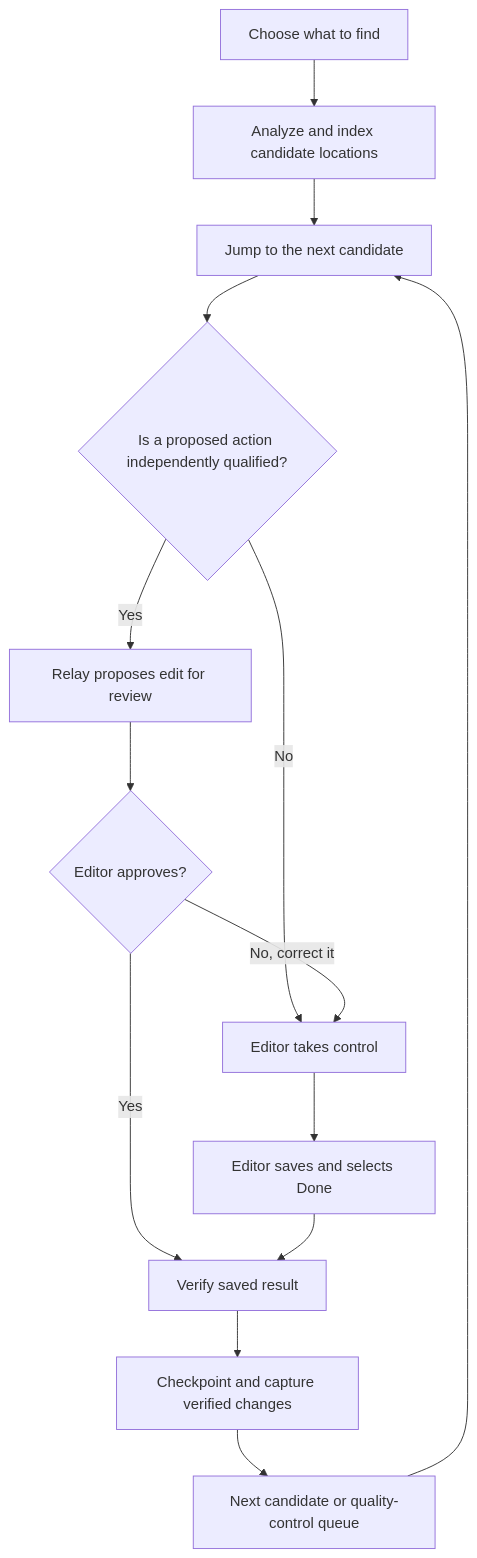
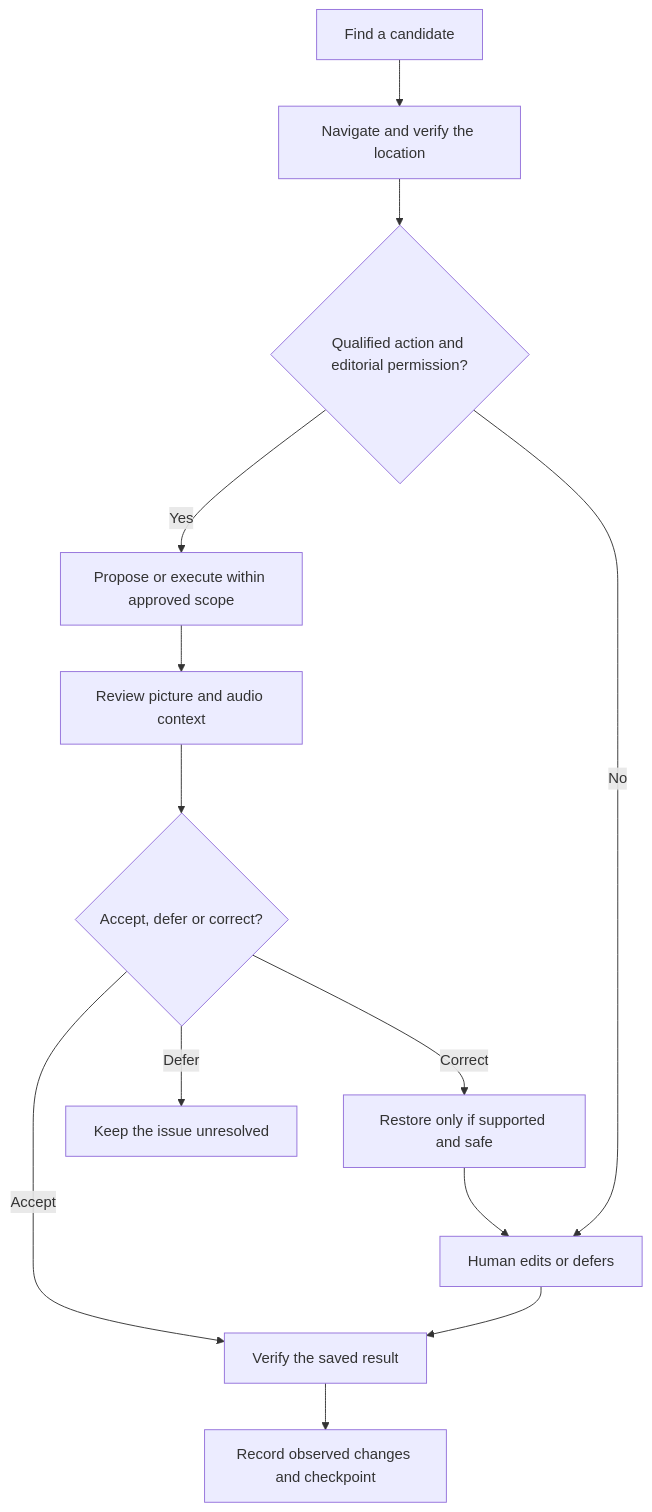
The second of 2 diagrams in ROADMAP.md (bthalacker/project-relay), drawn with Mermaid before and after one commit. The commit also changed other lines of this file and 10 other files, not shown here.

````diff
--- a/ROADMAP.md
+++ b/ROADMAP.md
@@ -31,16 +37,15 @@
 ```mermaid
 flowchart TD
-    A["Choose what to find"] --> B["Analyze and index candidate locations"]
-    B --> C["Jump to the next candidate"]
-    C --> D{"Is a proposed action independently qualified?"}
-    D -- "Yes" --> E["Relay proposes edit for review"]
-    D -- "No" --> F["Editor takes control"]
-    E --> G{"Editor approves?"}
-    G -- "No, correct it" --> F
-    G -- "Yes" --> H["Verify saved result"]
-    F --> I["Editor saves and selects Done"]
-    I --> H
-    H --> J["Checkpoint and capture verified changes"]
-    J --> K["Next candidate or quality-control queue"]
-    K --> C
+    A["Find a candidate"] --> B["Navigate and verify the location"]
+    B --> C{"Qualified action and editorial permission?"}
+    C -- "Yes" --> D["Propose or execute within approved scope"]
+    C -- "No" --> E["Human edits or defers"]
+    D --> F["Review picture and audio context"]
+    E --> G["Verify the saved result"]
+    F --> H{"Accept, defer or correct?"}
+    H -- "Accept" --> G
+    H -- "Defer" --> I["Keep the issue unresolved"]
+    H -- "Correct" --> J["Restore only if supported and safe"]
+    J --> E
+    G --> K["Record observed changes and checkpoint"]
 ```
````
